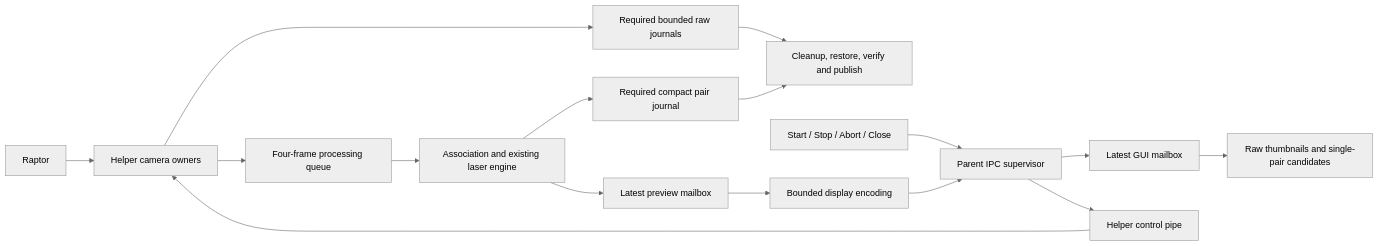
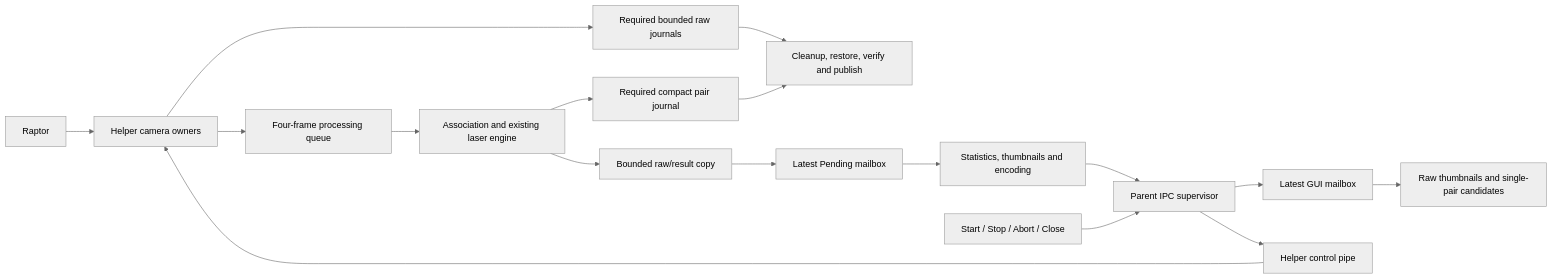
Before and after one commit to chevydan6/ScanCraft: the diagram in docs/LIVE_LASER_GUI.md, drawn with Mermaid (neutral theme). The commit also changed other lines of this file and 12 other files, not shown here.

Commit message:
perf(app): prepare laser previews on bounded publisher worker

````diff
--- a/docs/LIVE_LASER_GUI.md
+++ b/docs/LIVE_LASER_GUI.md
@@ -26,18 +30,19 @@
 ```mermaid
 flowchart LR
   USB[Raptor] --> Owners[Helper camera owners]
   Owners --> Raw[Required bounded raw journals]
   Owners --> Queue[Four-frame processing queue]
   Queue --> Match[Association and existing laser engine]
   Match --> Log[Required compact pair journal]
-  Match --> Mail[Latest preview mailbox]
-  Mail --> Publisher[Bounded display encoding]
+  Match --> Copy[Bounded raw/result copy]
+  Copy --> Mail[Latest Pending mailbox]
+  Mail --> Publisher[Statistics, thumbnails and encoding]
   Publisher --> IPC[Parent IPC supervisor]
   IPC --> Latest[Latest GUI mailbox]
   Latest --> View[Raw thumbnails and single-pair candidates]
   GUI[Start / Stop / Abort / Close] --> IPC
   IPC --> Control[Helper control pipe]
   Control --> Owners
   Raw --> Verify[Cleanup, restore, verify and publish]
   Log --> Verify
 ```
````
